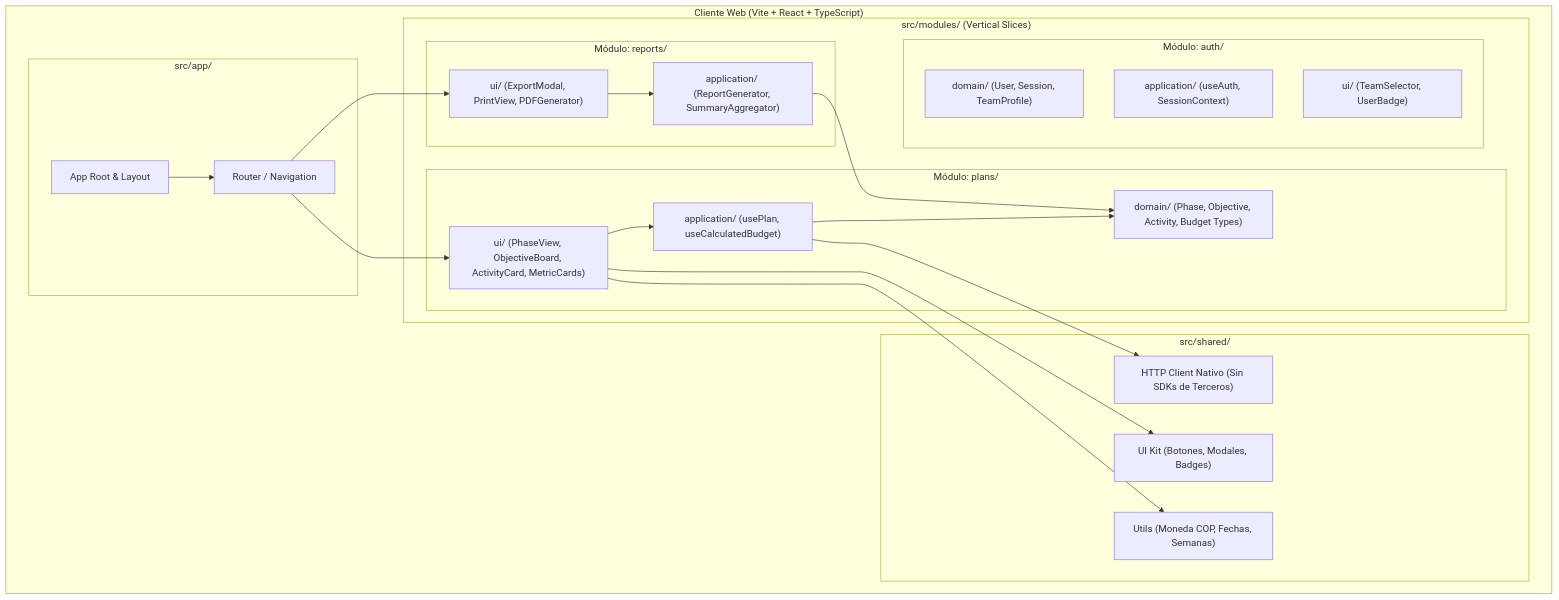
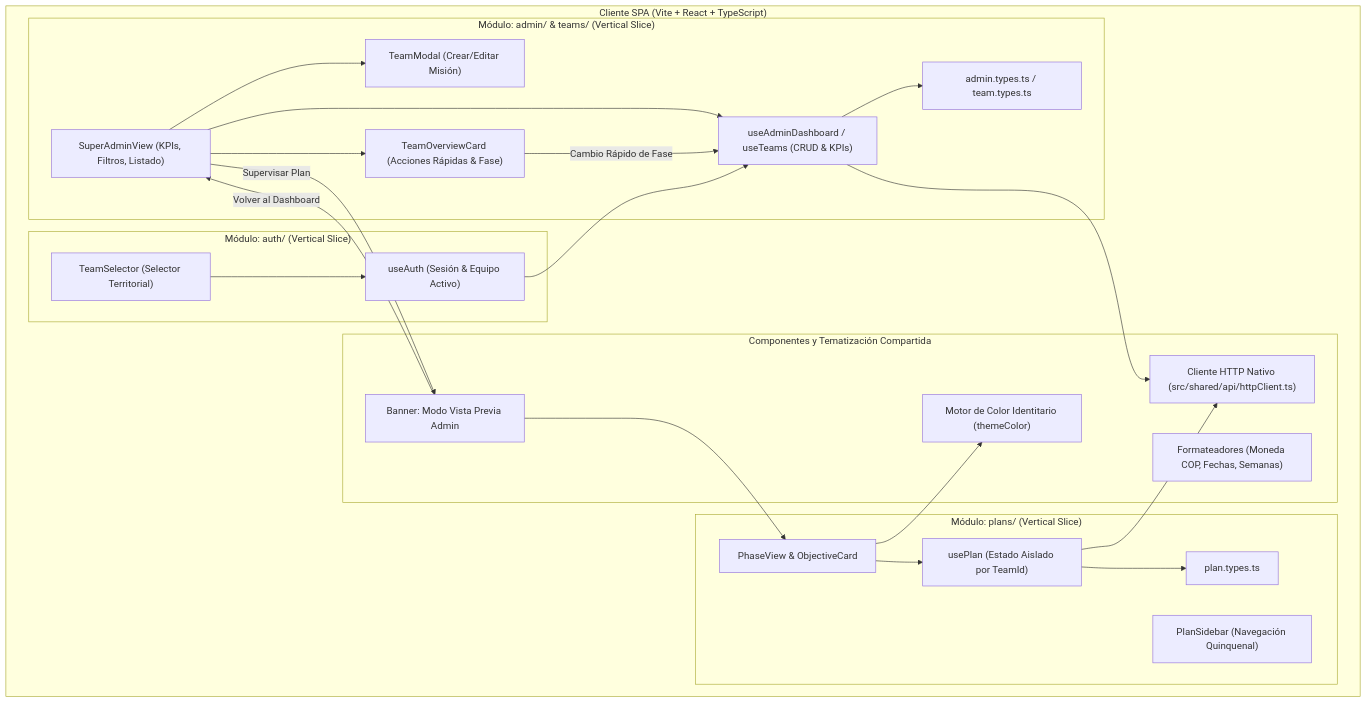
The diagram in docs/1_architecture.md (DavidSolorza/Miincol), drawn with Mermaid before and after one commit. The commit also changed other lines of this file and 11 other files, not shown here.

Commit message:
feat(teams): gestion dinamica de equipos, aprovisionamiento modal, personalizacion tematica y modo vista previa admin

````diff
--- a/docs/1_architecture.md
+++ b/docs/1_architecture.md
@@ -20,45 +21,50 @@
 ```mermaid
 graph TD
-    subgraph Client["Cliente Web (Vite + React + TypeScript)"]
-        subgraph AppLayer["src/app/"]
-            Router["Router / Navigation"]
-            AppRoot["App Root & Layout"]
+    subgraph Client ["Cliente SPA (Vite + React + TypeScript)"]
+        subgraph AdminSlice ["Módulo: admin/ & teams/ (Vertical Slice)"]
+            AdminDashUI["SuperAdminView (KPIs, Filtros, Listado)"]
+            TeamModalUI["TeamModal (Crear/Editar Misión)"]
+            TeamCardUI["TeamOverviewCard (Acciones Rápidas & Fase)"]
+            AdminApp["useAdminDashboard / useTeams (CRUD & KPIs)"]
+            TeamDomain["admin.types.ts / team.types.ts"]
         end
 
-        subgraph SharedLayer["src/shared/"]
-            UIComponents["UI Kit (Botones, Modales, Badges)"]
-            Formatters["Utils (Moneda COP, Fechas, Semanas)"]
-            NativeHttp["HTTP Client Nativo (Sin SDKs de Terceros)"]
+        subgraph SharedSpace ["Componentes y Tematización Compartida"]
+            DynamicTheme["Motor de Color Identitario (themeColor)"]
+            PreviewBanner["Banner: Modo Vista Previa Admin"]
+            NativeHttp["Cliente HTTP Nativo (src/shared/api/httpClient.ts)"]
+            Formatters["Formateadores (Moneda COP, Fechas, Semanas)"]
         end
 
-        subgraph ModulesLayer["src/modules/ (Vertical Slices)"]
-            subgraph PlansSlice["Módulo: plans/"]
-                PlanDomain["domain/ (Phase, Objective, Activity, Budget Types)"]
-                PlanApp["application/ (usePlan, useCalculatedBudget)"]
-                PlanUI["ui/ (PhaseView, ObjectiveBoard, ActivityCard, MetricCards)"]
-            end
+        subgraph PlansSlice ["Módulo: plans/ (Vertical Slice)"]
+            PhaseUI["PhaseView & ObjectiveCard"]
+            SidebarUI["PlanSidebar (Navegación Quinquenal)"]
+            PlanApp["usePlan (Estado Aislado por TeamId)"]
+            PlanDomain["plan.types.ts"]
+        end
 
-            subgraph ReportsSlice["Módulo: reports/"]
-                ReportApp["application/ (ReportGenerator, SummaryAggregator)"]
-                ReportUI["ui/ (ExportModal, PrintView, PDFGenerator)"]
-            end
-
-            subgraph AuthSlice["Módulo: auth/"]
-                AuthDomain["domain/ (User, Session, TeamProfile)"]
-                AuthApp["application/ (useAuth, SessionContext)"]
-                AuthUI["ui/ (TeamSelector, UserBadge)"]
-            end
+        subgraph AuthSlice ["Módulo: auth/ (Vertical Slice)"]
+            TeamSelectorUI["TeamSelector (Selector Territorial)"]
+            AuthApp["useAuth (Sesión & Equipo Activo)"]
         end
     end
 
-    AppRoot --> Router
-    Router --> PlanUI
-    Router --> ReportUI
-    PlanUI --> PlanApp
+    AdminDashUI --> TeamModalUI
+    AdminDashUI --> TeamCardUI
+    AdminDashUI --> AdminApp
+    AdminApp --> TeamDomain
+    AdminApp --> NativeHttp
+
+    AdminDashUI -- "Supervisar Plan" --> PreviewBanner
+    PreviewBanner --> PhaseUI
+    PreviewBanner -- "Volver al Dashboard" --> AdminDashUI
+
+    PhaseUI --> DynamicTheme
+    PhaseUI --> PlanApp
     PlanApp --> PlanDomain
     PlanApp --> NativeHttp
-    PlanUI --> UIComponents
-    PlanUI --> Formatters
-    ReportUI --> ReportApp
-    ReportApp --> PlanDomain
+
+    TeamCardUI -- "Cambio Rápido de Fase" --> AdminApp
+    AuthApp --> AdminApp
+    TeamSelectorUI --> AuthApp
 ```
````
